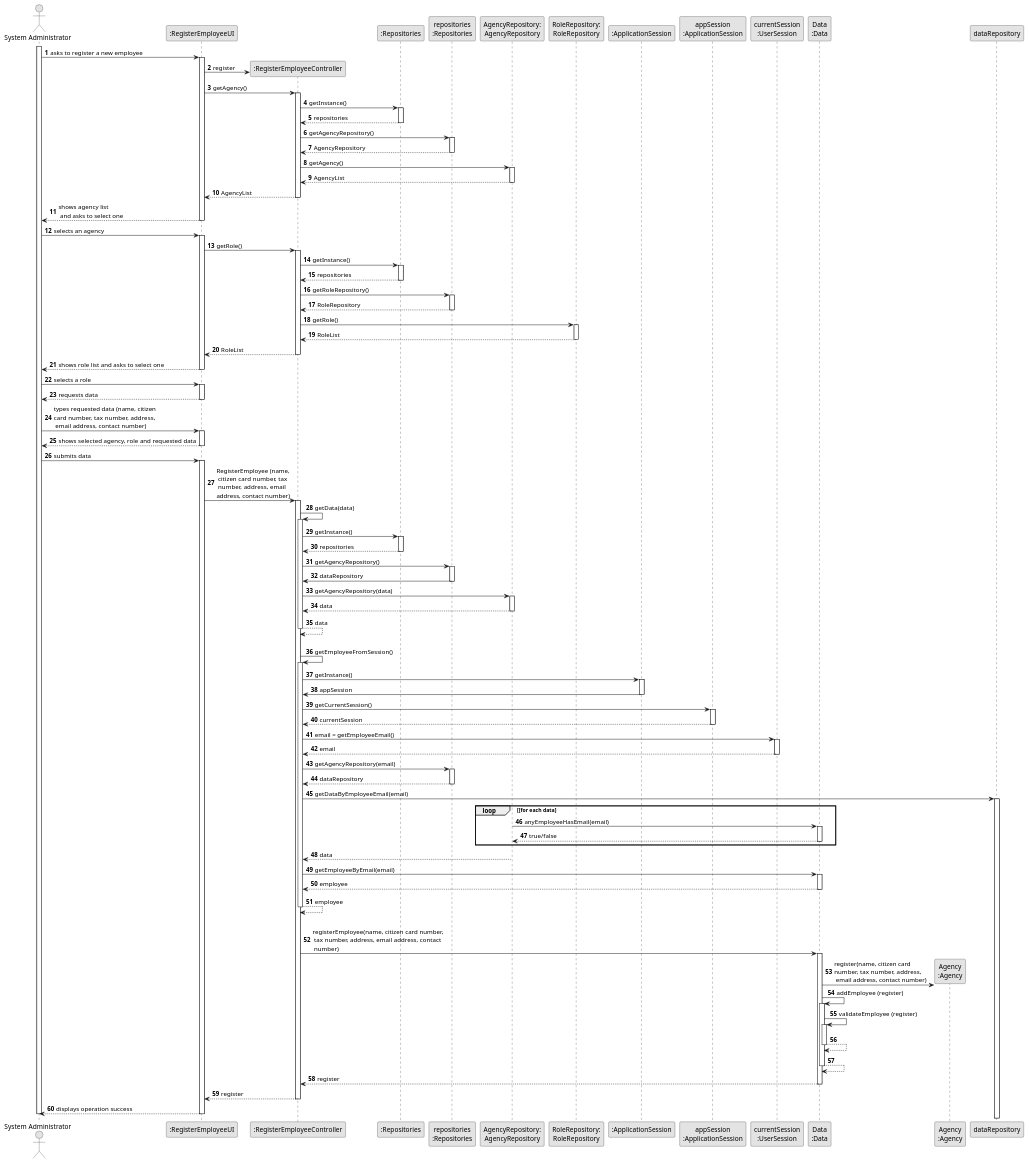
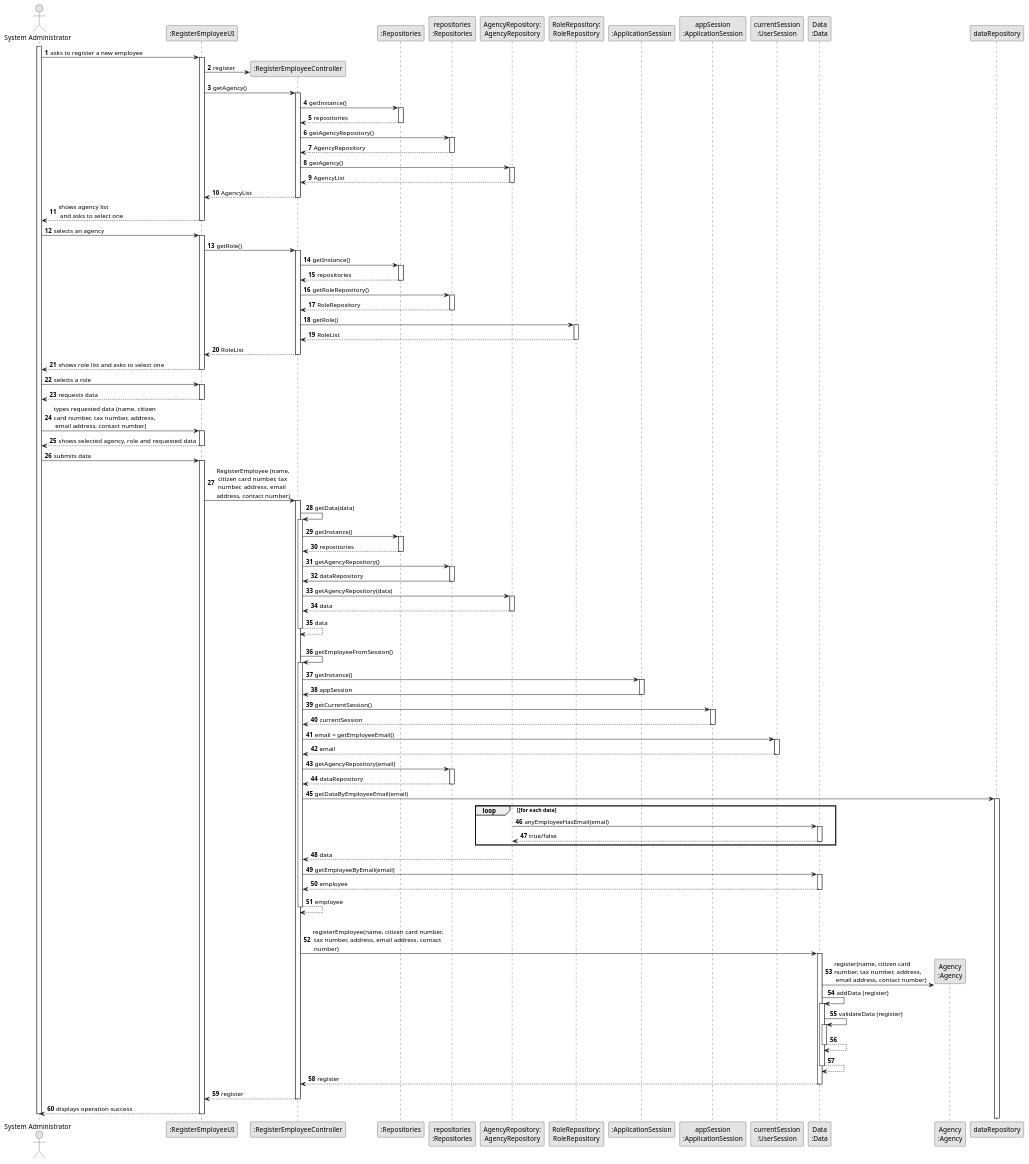
One commit to rita-barbosa/LAPR2-2223 changed the diagram in docs/sprintB/us003/03.design/puml/us003-sequence-diagram-full.puml. Above: the diagram before and after it, drawn with PlantUML. The commit also changed 7 other files, not shown here.

Commit message:
Update Sequence Diagram (full, partial & split) [US03][Design]

```diff
--- a/docs/sprintB/us003/03.design/puml/us003-sequence-diagram-full.puml
+++ b/docs/sprintB/us003/03.design/puml/us003-sequence-diagram-full.puml
@@ -185,11 +185,11 @@
             activate DATA
 
                 DATA -> AGENCY**: register(name, citizen card \nnumber, tax number, address,\n email address, contact number)
-                DATA -> DATA: addEmployee (register)
+                DATA -> DATA: addData (register)
 
 
                 activate DATA
-                    DATA -> DATA: validateEmployee (register)
+                    DATA -> DATA: validateData (register)
                     activate DATA
                         DATA --> DATA
                     deactivate DATA
```
